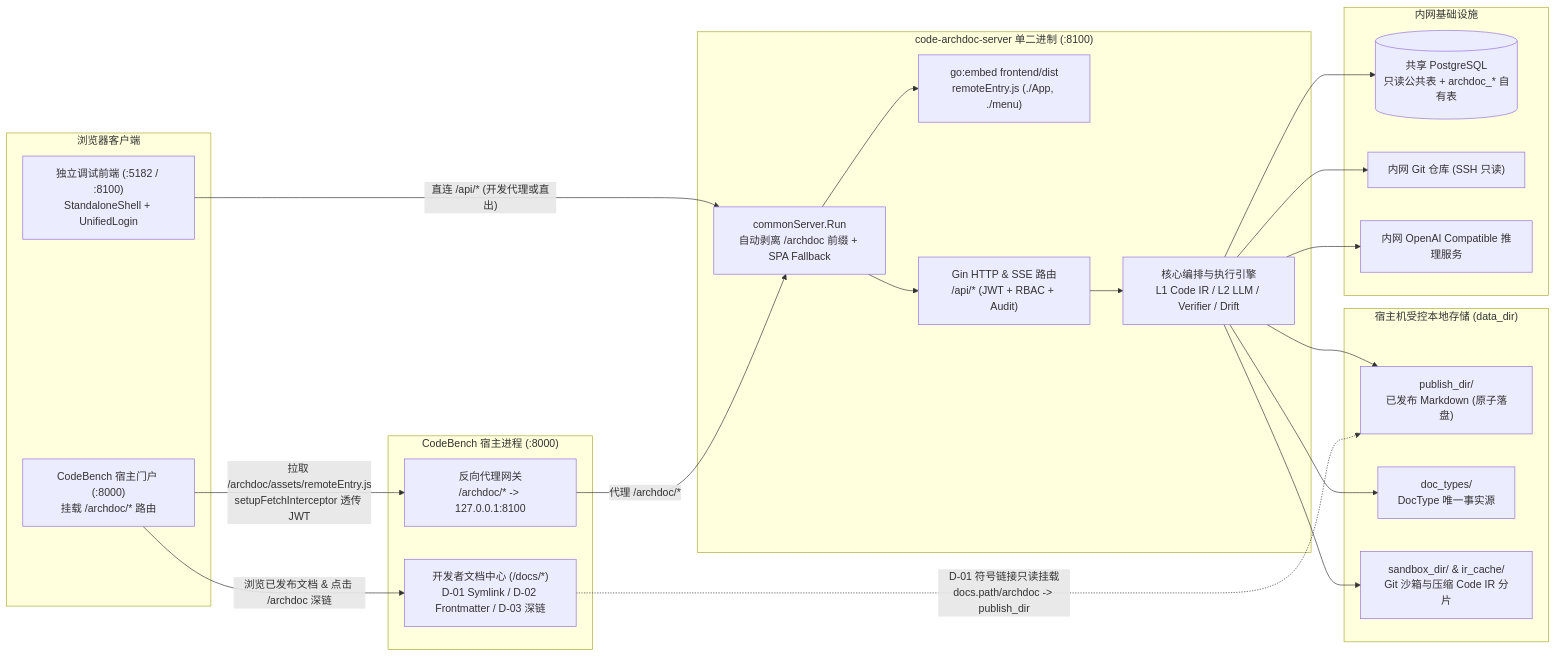
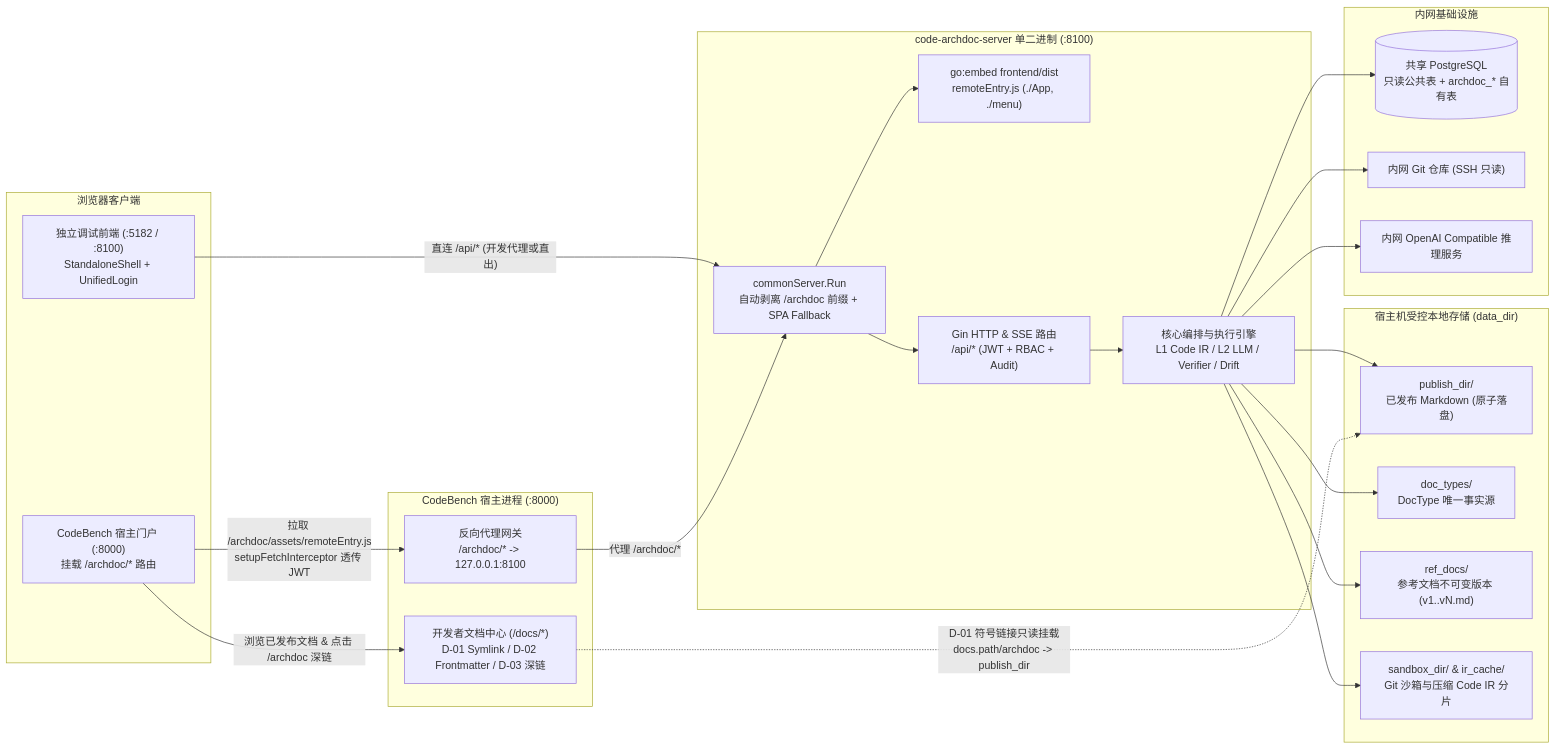
The first of 5 diagrams in docs/02-design/01-system-architecture.md (fugui/code-archdoc), drawn with Mermaid before and after one commit. The commit also changed other lines of this file and 10 other files, not shown here.

````diff
--- a/docs/02-design/01-system-architecture.md
+++ b/docs/02-design/01-system-architecture.md
@@ -30,46 +30,48 @@
 ```mermaid
 flowchart LR
     subgraph Browser["浏览器客户端"]
         PortalUI["CodeBench 宿主门户 (:8000)<br/>挂载 /archdoc/* 路由"]
         StandaloneUI["独立调试前端 (:5182 / :8100)<br/>StandaloneShell + UnifiedLogin"]
     end
 
     subgraph CodeBenchHost["CodeBench 宿主进程 (:8000)"]
         Gateway["反向代理网关<br/>/archdoc/* -> 127.0.0.1:8100"]
         DevDocs["开发者文档中心 (/docs/*)<br/>D-01 Symlink / D-02 Frontmatter / D-03 深链"]
     end
 
     subgraph ArchdocBin["code-archdoc-server 单二进制 (:8100)"]
         CommonSrv["commonServer.Run<br/>自动剥离 /archdoc 前缀 + SPA Fallback"]
         EmbedFS["go:embed frontend/dist<br/>remoteEntry.js (./App, ./menu)"]
         GinRouter["Gin HTTP & SSE 路由<br/>/api/* (JWT + RBAC + Audit)"]
         CoreEngine["核心编排与执行引擎<br/>L1 Code IR / L2 LLM / Verifier / Drift"]
     end
 
     subgraph LocalStorage["宿主机受控本地存储 (data_dir)"]
         PublishDir["publish_dir/<br/>已发布 Markdown (原子落盘)"]
         DocTypesDir["doc_types/<br/>DocType 唯一事实源"]
+        RefDocsDir["ref_docs/<br/>参考文档不可变版本 (v1..vN.md)"]
         SandboxIR["sandbox_dir/ & ir_cache/<br/>Git 沙箱与压缩 Code IR 分片"]
     end
 
     subgraph External["内网基础设施"]
         PG[("共享 PostgreSQL<br/>只读公共表 + archdoc_* 自有表")]
         GitSSH["内网 Git 仓库 (SSH 只读)"]
         LLMAPI["内网 OpenAI Compatible 推理服务"]
     end
 
     PortalUI -->|"拉取 /archdoc/assets/remoteEntry.js<br/>setupFetchInterceptor 透传 JWT"| Gateway
     PortalUI -->|"浏览已发布文档 & 点击 /archdoc 深链"| DevDocs
     StandaloneUI -->|"直连 /api/* (开发代理或直出)"| CommonSrv
     Gateway -->|"代理 /archdoc/*"| CommonSrv
     CommonSrv --> EmbedFS
     CommonSrv --> GinRouter
     GinRouter --> CoreEngine
     CoreEngine --> PG
     CoreEngine --> GitSSH
     CoreEngine --> LLMAPI
     CoreEngine --> PublishDir
     CoreEngine --> DocTypesDir
+    CoreEngine --> RefDocsDir
     CoreEngine --> SandboxIR
     DevDocs -.->|"D-01 符号链接只读挂载<br/>docs.path/archdoc -> publish_dir"| PublishDir
 ```
````
